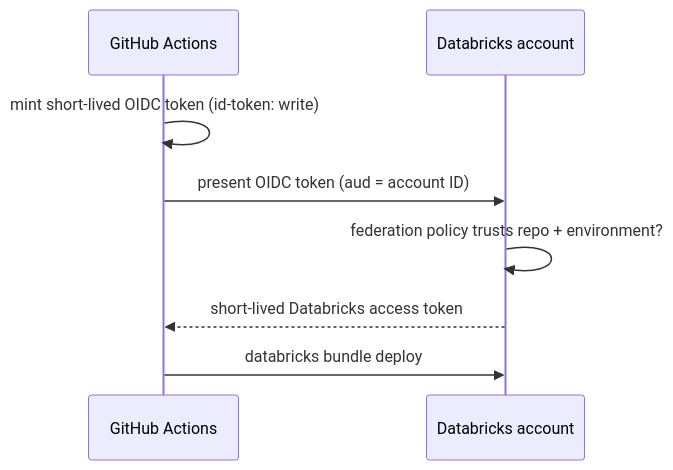
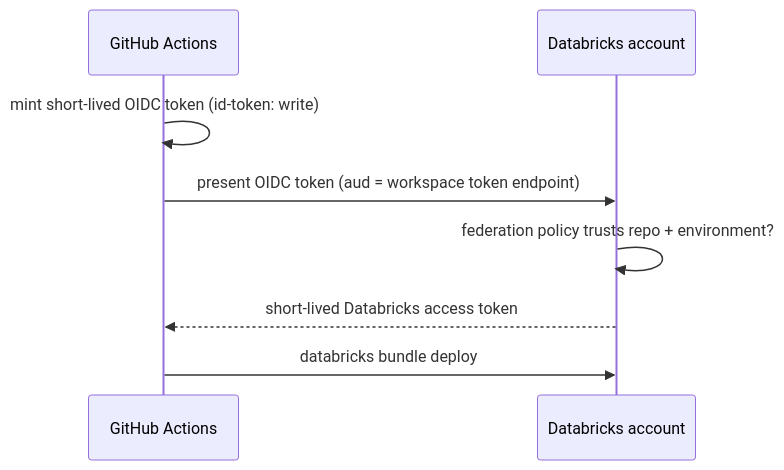
One commit to MiguelElGallo/bricks-cli changed the diagram in docs/explanation/authentication.md. Above: the diagram before and after it, drawn with Mermaid. The commit also changed other lines of this file and 31 other files, not shown here.

````diff
--- a/docs/explanation/authentication.md
+++ b/docs/explanation/authentication.md
@@ -50,10 +50,10 @@
 ```mermaid
 sequenceDiagram
     participant GH as GitHub Actions
     participant DBX as Databricks account
     GH->>GH: mint short-lived OIDC token (id-token: write)
-    GH->>DBX: present OIDC token (aud = account ID)
+    GH->>DBX: present OIDC token (aud = workspace token endpoint)
     DBX->>DBX: federation policy trusts repo + environment?
     DBX-->>GH: short-lived Databricks access token
     GH->>DBX: databricks bundle deploy
 ```
````
